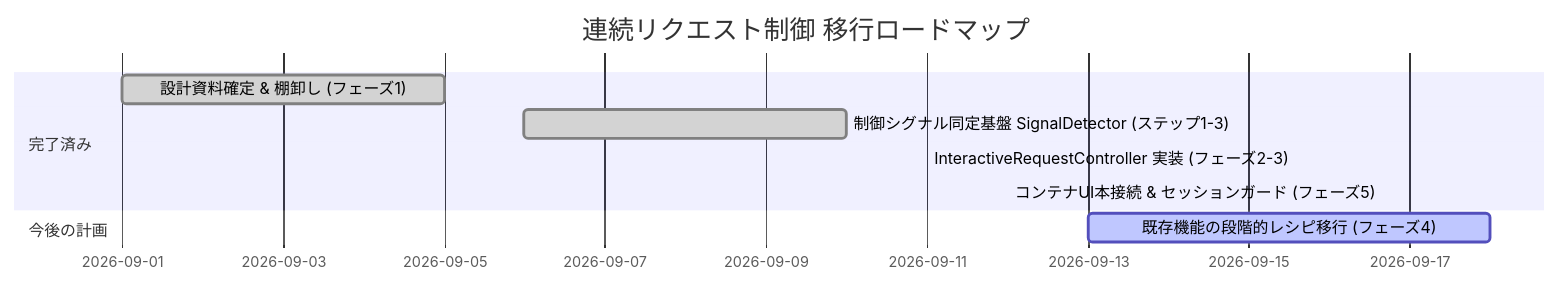
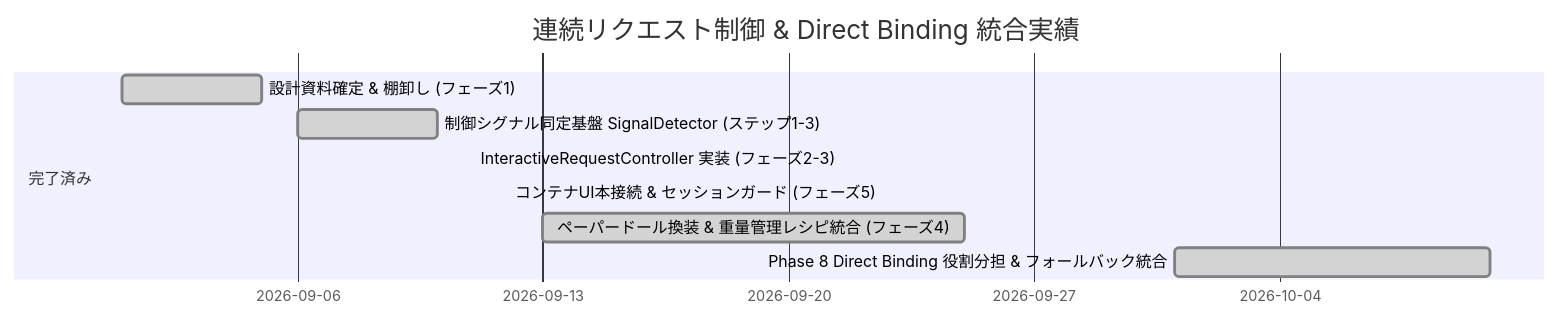
Before and after one commit to e3sh/Nethack-wasm-webUI: the third of 3 diagrams in docs/2_client_ui/Interactive_Request_Controller_Architecture_and_Roadmap.md, drawn with Mermaid. The commit also changed other lines of this file and 57 other files, not shown here.

````diff
--- a/docs/2_client_ui/Interactive_Request_Controller_Architecture_and_Roadmap.md
+++ b/docs/2_client_ui/Interactive_Request_Controller_Architecture_and_Roadmap.md
@@ -310,12 +317,12 @@
 ```mermaid
 gantt
-    title 連続リクエスト制御 移行ロードマップ
+    title 連続リクエスト制御 & Direct Binding 統合実績
     dateFormat  YYYY-MM-DD
     section 完了済み
-    設計資料確定 & 棚卸し (フェーズ1)           :done, 2026-09-01, 2026-09-05
+    設計資料確定 & 棚卸し (フェーズ1)               :done, 2026-09-01, 2026-09-05
     制御シグナル同定基盤 SignalDetector (ステップ1-3) :done, 2026-09-06, 2026-09-10
     InteractiveRequestController 実装 (フェーズ2-3)   :done, 2026-09-11, 2026-09-11
-    コンテナUI本接続 & セッションガード (フェーズ5)  :done, 2026-09-12, 2026-09-12
-    section 今後の計画
-    既存機能の段階的レシピ移行 (フェーズ4)         :active, 2026-09-13, 2026-09-18
+    コンテナUI本接続 & セッションガード (フェーズ5)    :done, 2026-09-12, 2026-09-12
+    ペーパードール換装 & 重量管理レシピ統合 (フェーズ4):done, 2026-09-13, 2026-09-25
+    Phase 8 Direct Binding 役割分担 & フォールバック統合:done, 2026-10-01, 2026-10-10
 ```
````
